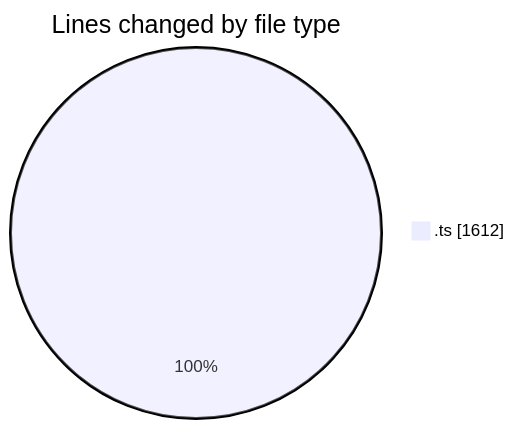
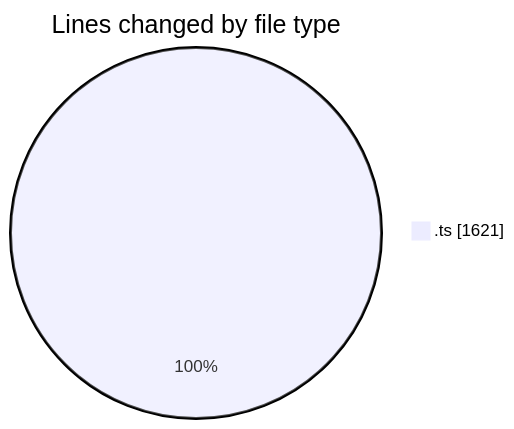
The first of 2 diagrams in 2025-08-07/cda/README.md (momahboobian/code-tracking), drawn with Mermaid before and after one commit. The commit also changed other lines of this file and 1 other file, not shown here.

````diff
--- a/2025-08-07/cda/README.md
+++ b/2025-08-07/cda/README.md
@@ -23,5 +23,5 @@
 ```mermaid
 pie showData
 title Lines changed by file type
-".ts" : 1612
+".ts" : 1621
 ```
````
